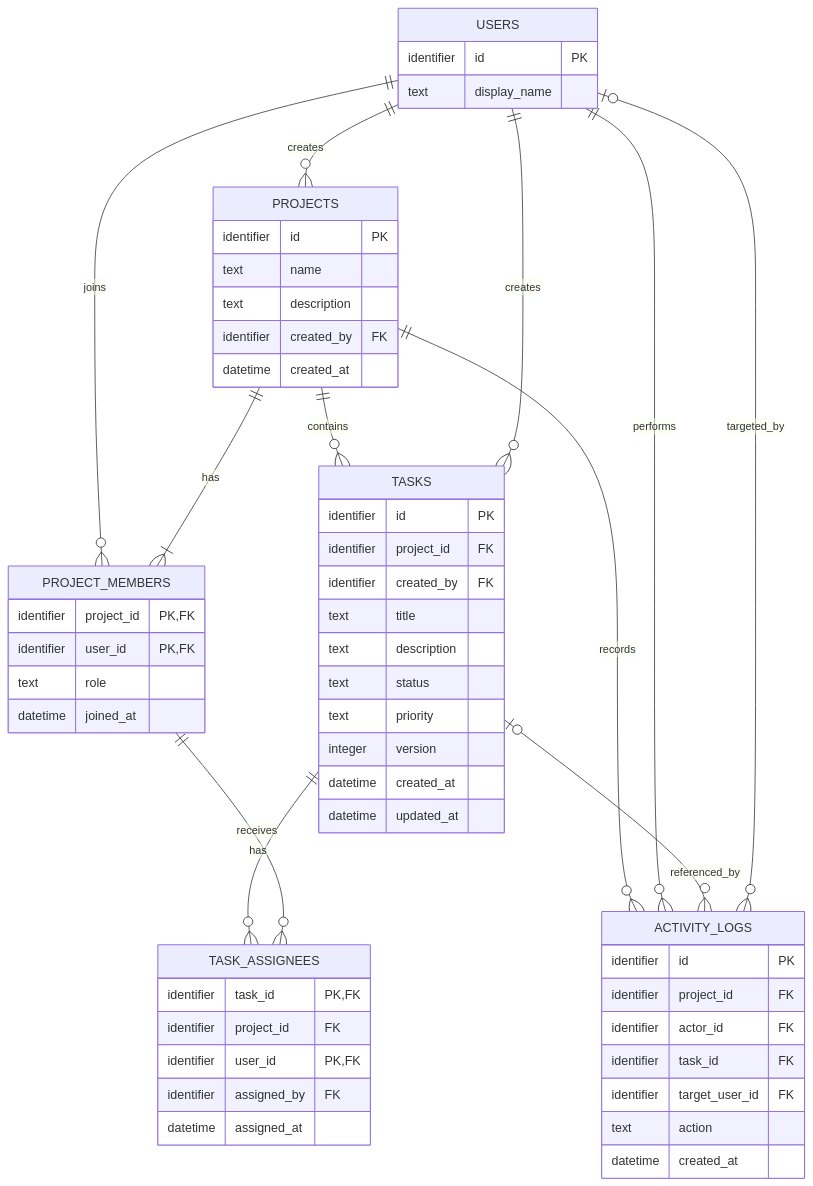
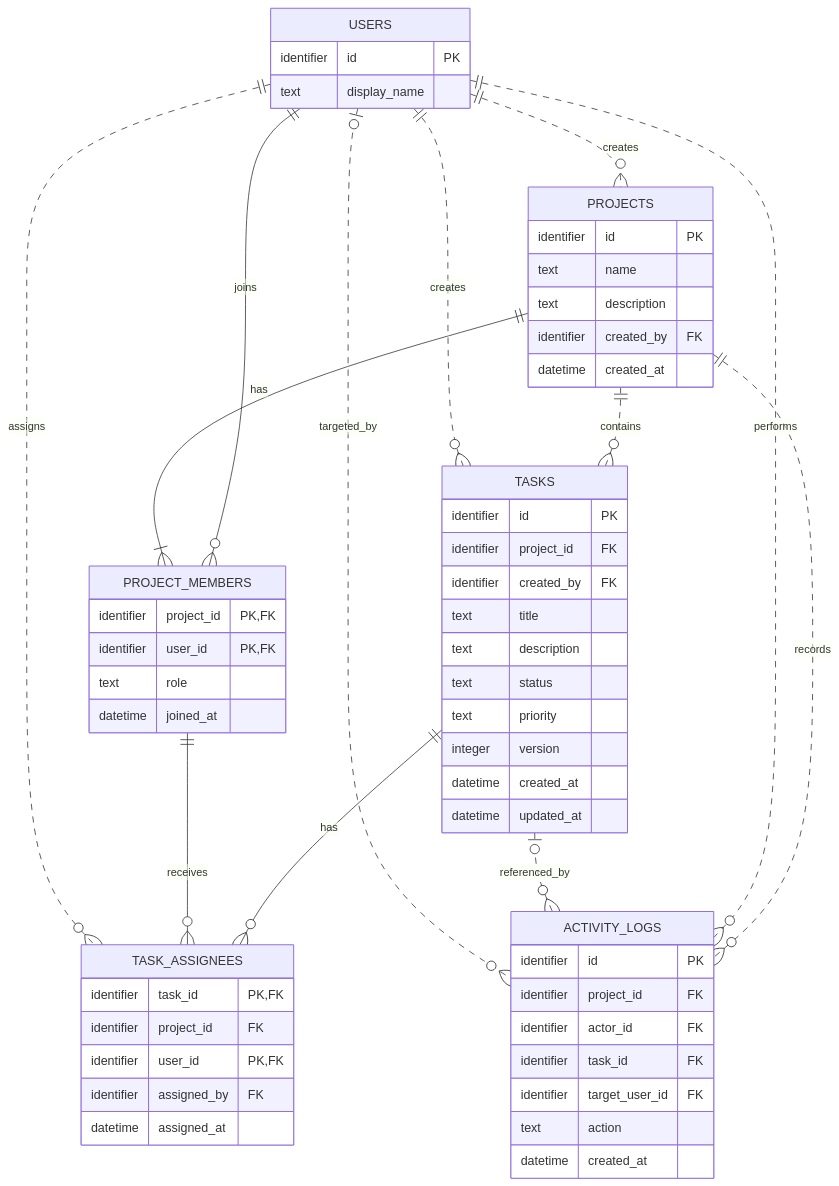
Before and after one commit to truongtoanfs/task-flow: the diagram in docs/erd.md, drawn with Mermaid. The commit also changed other lines of this file and 3 other files, not shown here.

Commit message:
docs: complete TaskFlow ERD review

````diff
--- a/docs/erd.md
+++ b/docs/erd.md
@@ -43,68 +44,69 @@
 ```mermaid
 erDiagram
     USERS {
         identifier id PK
         text display_name
     }
 
     PROJECTS {
         identifier id PK
         text name
         text description
         identifier created_by FK
         datetime created_at
     }
 
     PROJECT_MEMBERS {
         identifier project_id PK, FK
         identifier user_id PK, FK
         text role
         datetime joined_at
     }
 
     TASKS {
         identifier id PK
         identifier project_id FK
         identifier created_by FK
         text title
         text description
         text status
         text priority
         integer version
         datetime created_at
         datetime updated_at
     }
 
     TASK_ASSIGNEES {
         identifier task_id PK, FK
         identifier project_id FK
         identifier user_id PK, FK
         identifier assigned_by FK
         datetime assigned_at
     }
 
     ACTIVITY_LOGS {
         identifier id PK
         identifier project_id FK
         identifier actor_id FK
         identifier task_id FK
         identifier target_user_id FK
         text action
         datetime created_at
     }
 
-    USERS ||--o{ PROJECTS : creates
+    USERS ||..o{ PROJECTS : creates
     USERS ||--o{ PROJECT_MEMBERS : joins
     PROJECTS ||--|{ PROJECT_MEMBERS : has
 
-    PROJECTS ||--o{ TASKS : contains
-    USERS ||--o{ TASKS : creates
+    PROJECTS ||..o{ TASKS : contains
+    USERS ||..o{ TASKS : creates
 
     TASKS ||--o{ TASK_ASSIGNEES : has
     PROJECT_MEMBERS ||--o{ TASK_ASSIGNEES : receives
+    USERS ||..o{ TASK_ASSIGNEES : assigns
 
-    PROJECTS ||--o{ ACTIVITY_LOGS : records
-    USERS ||--o{ ACTIVITY_LOGS : performs
-    TASKS o|--o{ ACTIVITY_LOGS : referenced_by
-    USERS o|--o{ ACTIVITY_LOGS : targeted_by
+    PROJECTS ||..o{ ACTIVITY_LOGS : records
+    USERS ||..o{ ACTIVITY_LOGS : performs
+    TASKS o|..o{ ACTIVITY_LOGS : referenced_by
+    USERS o|..o{ ACTIVITY_LOGS : targeted_by
 ```
````
